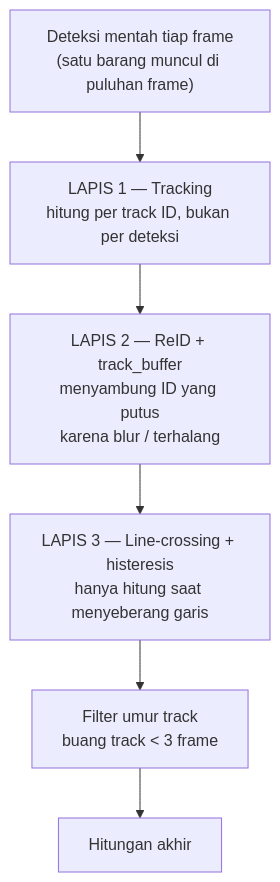
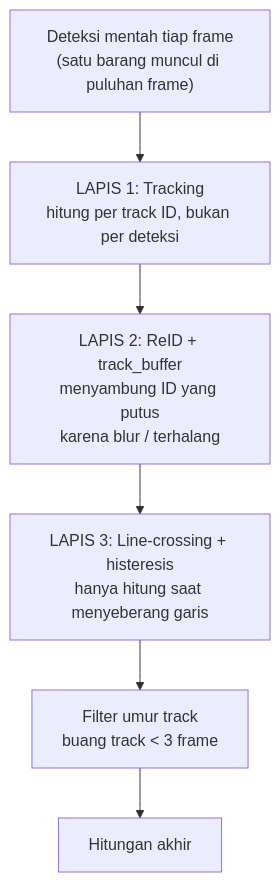
Before and after one commit to marshal-rizky/Stocklens: the sixth of 11 diagrams in docs/proposal/DRAFT-PROPOSAL.md, drawn with Mermaid. The commit also changed other lines of this file and 7 other files, not shown here.

````diff
--- a/docs/proposal/DRAFT-PROPOSAL.md
+++ b/docs/proposal/DRAFT-PROPOSAL.md
@@ -247,11 +245,11 @@
 ```mermaid
 flowchart TB
     L0["Deteksi mentah tiap frame<br/>(satu barang muncul di puluhan frame)"]
-    L1["LAPIS 1 — Tracking<br/>hitung per track ID, bukan per deteksi"]
-    L2["LAPIS 2 — ReID + track_buffer<br/>menyambung ID yang putus<br/>karena blur / terhalang"]
-    L3["LAPIS 3 — Line-crossing + histeresis<br/>hanya hitung saat menyeberang garis"]
+    L1["LAPIS 1: Tracking<br/>hitung per track ID, bukan per deteksi"]
+    L2["LAPIS 2: ReID + track_buffer<br/>menyambung ID yang putus<br/>karena blur / terhalang"]
+    L3["LAPIS 3: Line-crossing + histeresis<br/>hanya hitung saat menyeberang garis"]
     L4["Filter umur track<br/>buang track < 3 frame"]
     L5["Hitungan akhir"]
 
     L0 --> L1 --> L2 --> L3 --> L4 --> L5
 ```
````
